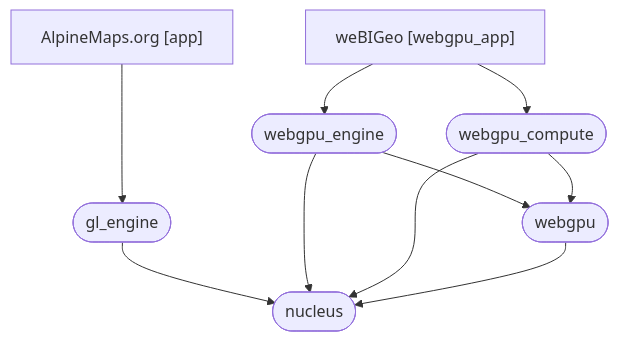
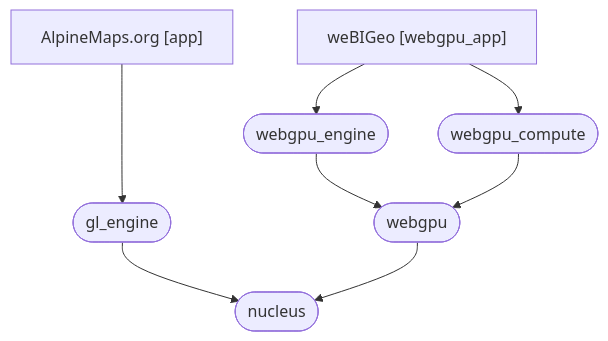
Before and after one commit to weBIGeo/webigeo: the diagram in README.md, drawn with Mermaid. The commit also changed other lines of this file and 1 other file, not shown here.

Commit message:
add: show only top level dependencies in graph

````diff
--- a/README.md
+++ b/README.md
@@ -21,23 +21,21 @@
 ```mermaid
 graph TD
     app["AlpineMaps.org [app]"]
     webgpu_app["weBIGeo [webgpu_app]"]
     gl_engine(["gl_engine"])
     webgpu_compute(["webgpu_compute"])
     webgpu(["webgpu"])
     nucleus(["nucleus"])
     webgpu_engine(["webgpu_engine"])
 
     app ---> gl_engine
     webgpu_app --> webgpu_engine
     webgpu_app --> webgpu_compute
     gl_engine --> nucleus
-    webgpu_engine --> nucleus
     webgpu_engine --> webgpu
-    webgpu_compute --> nucleus
     webgpu_compute --> webgpu
     webgpu --> nucleus
 
     click app "docs/app.md"
     click webgpu_app "docs/webgpu-app.md"
 ```
````
